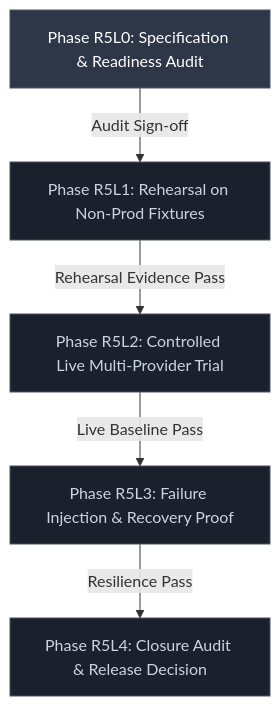
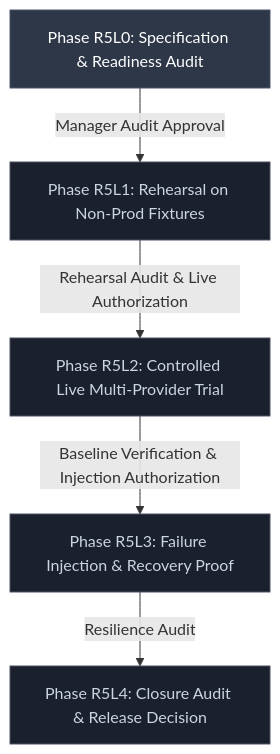
The first of 3 diagrams in docs/R5L_PRODUCTION_TRIAL_PLAN.md (thanhtuyen662002/Agent-Forge), drawn with Mermaid before and after one commit. The commit also changed other lines of this file, not shown here.

First line of the commit message:
docs(r5l0): align trial specification with repository contracts and reviewer authority

````diff
--- a/docs/R5L_PRODUCTION_TRIAL_PLAN.md
+++ b/docs/R5L_PRODUCTION_TRIAL_PLAN.md
@@ -52,13 +54,13 @@
 ```mermaid
 graph TD
-    R5L0[Phase R5L0: Specification & Readiness Audit] -->|Audit Sign-off| R5L1[Phase R5L1: Rehearsal on Non-Prod Fixtures]
-    R5L1 -->|Rehearsal Evidence Pass| R5L2[Phase R5L2: Controlled Live Multi-Provider Trial]
-    R5L2 -->|Live Baseline Pass| R5L3[Phase R5L3: Failure Injection & Recovery Proof]
-    R5L3 -->|Resilience Pass| R5L4[Phase R5L4: Closure Audit & Release Decision]
+    R5L0[Phase R5L0: Specification & Readiness Audit] -->|Manager Audit Approval| R5L1[Phase R5L1: Rehearsal on Non-Prod Fixtures]
+    R5L1 -->|Rehearsal Audit & Live Authorization| R5L2[Phase R5L2: Controlled Live Multi-Provider Trial]
+    R5L2 -->|Baseline Verification & Injection Authorization| R5L3[Phase R5L3: Failure Injection & Recovery Proof]
+    R5L3 -->|Resilience Audit| R5L4[Phase R5L4: Closure Audit & Release Decision]
 
     style R5L0 fill:#2d3748,stroke:#4a5568,color:#fff
     style R5L1 fill:#1a202c,stroke:#4a5568,color:#cbd5e0
     style R5L2 fill:#1a202c,stroke:#4a5568,color:#cbd5e0
     style R5L3 fill:#1a202c,stroke:#4a5568,color:#cbd5e0
     style R5L4 fill:#1a202c,stroke:#4a5568,color:#cbd5e0
 ```
````
